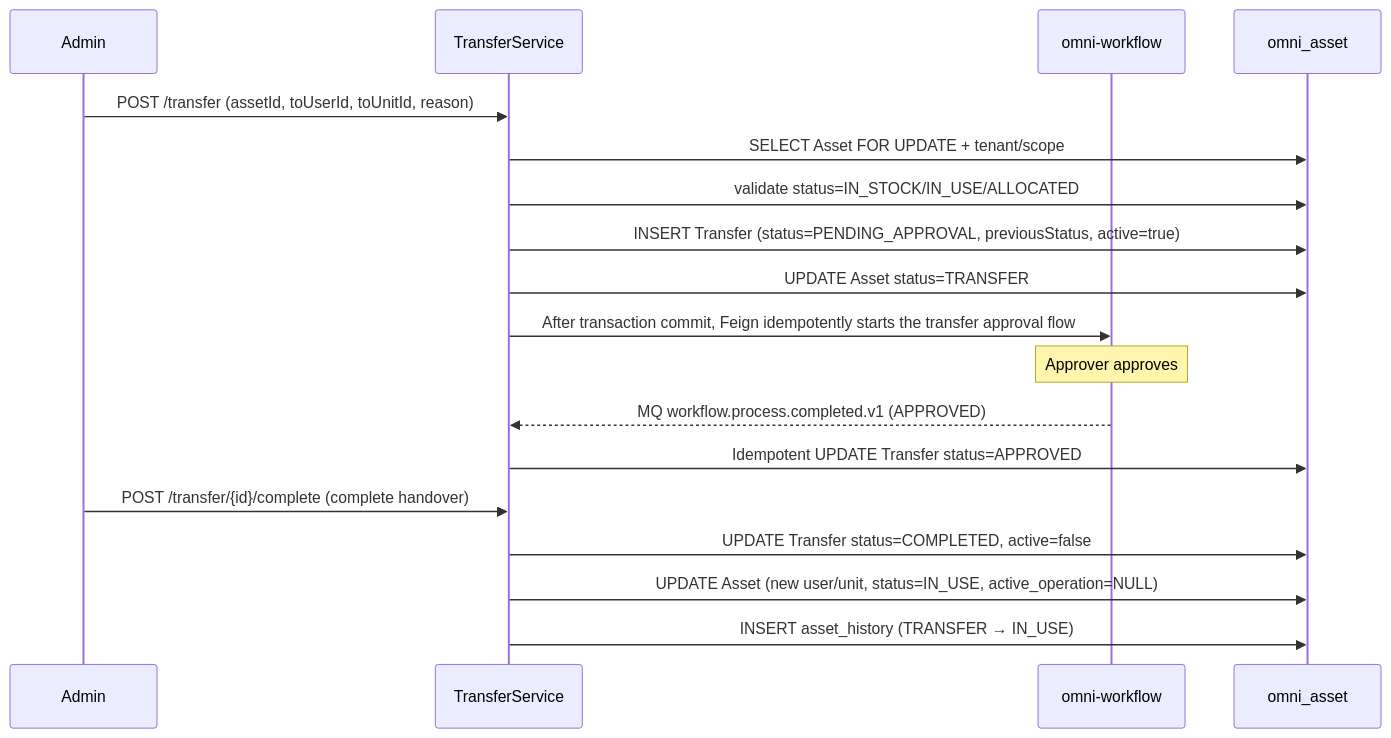
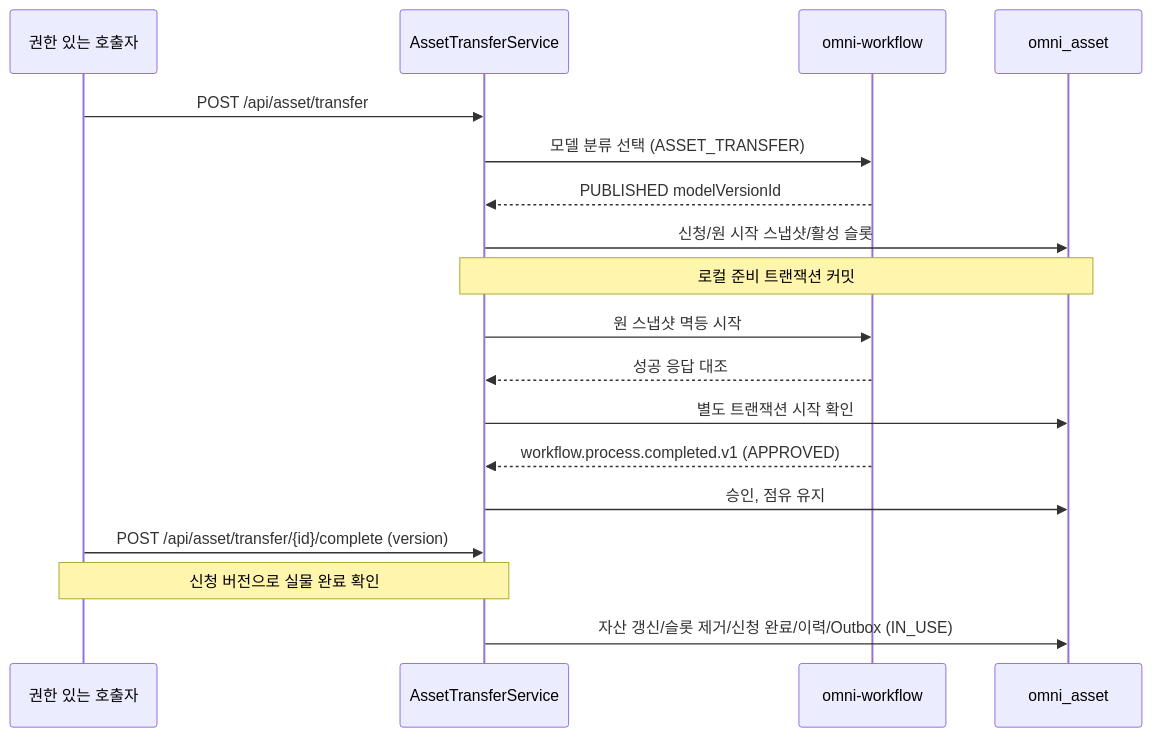
Before and after one commit to wang-baohai/Omni-Stack: the fifth of 6 diagrams in docs/design/asset-design.kr.md, drawn with Mermaid. The commit also changed other lines of this file and 1095 other files, not shown here.

````diff
--- a/docs/design/asset-design.kr.md
+++ b/docs/design/asset-design.kr.md
@@ -262,23 +252,20 @@
 ```mermaid
 sequenceDiagram
-    participant M as Admin
-    participant S as TransferService
+    participant M as 권한 있는 호출자
+    participant S as AssetTransferService
     participant WF as omni-workflow
     participant DB as omni_asset
-
-    M->>S: POST /transfer (assetId, toUserId, toUnitId, reason)
-    S->>DB: SELECT Asset FOR UPDATE + tenant/scope
-    S->>DB: validate status=IN_STOCK/IN_USE/ALLOCATED
-    S->>DB: INSERT Transfer (status=PENDING_APPROVAL, previousStatus, active=true)
-    S->>DB: UPDATE Asset status=TRANSFER
-    S->>WF: After transaction commit, Feign idempotently starts the transfer approval flow
-
-    Note over WF: Approver approves
-
-    WF-->>S: MQ workflow.process.completed.v1 (APPROVED)
-    S->>DB: Idempotent UPDATE Transfer status=APPROVED
-    M->>S: POST /transfer/{id}/complete (complete handover)
-    S->>DB: UPDATE Transfer status=COMPLETED, active=false
-    S->>DB: UPDATE Asset (new user/unit, status=IN_USE, active_operation=NULL)
-    S->>DB: INSERT asset_history (TRANSFER → IN_USE)
+    M->>S: POST /api/asset/transfer
+    S->>WF: 모델 분류 선택 (ASSET_TRANSFER)
+    WF-->>S: PUBLISHED modelVersionId
+    S->>DB: 신청/원 시작 스냅샷/활성 슬롯
+    Note over S,DB: 로컬 준비 트랜잭션 커밋
+    S->>WF: 원 스냅샷 멱등 시작
+    WF-->>S: 성공 응답 대조
+    S->>DB: 별도 트랜잭션 시작 확인
+    WF-->>S: workflow.process.completed.v1 (APPROVED)
+    S->>DB: 승인, 점유 유지
+    M->>S: POST /api/asset/transfer/{id}/complete (version)
+    Note over M,S: 신청 버전으로 실물 완료 확인
+    S->>DB: 자산 갱신/슬롯 제거/신청 완료/이력/Outbox (IN_USE)
 ```
````
